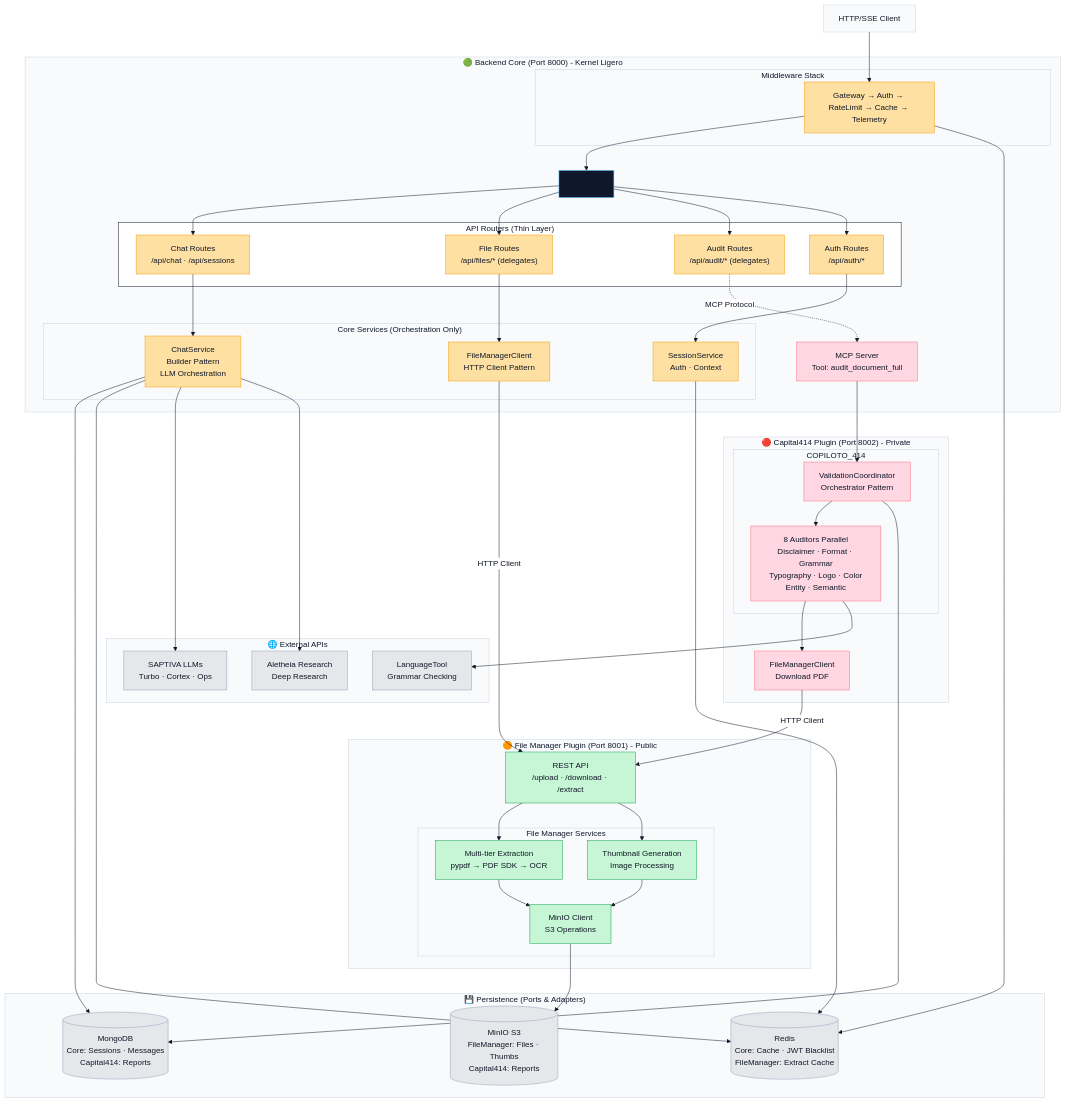
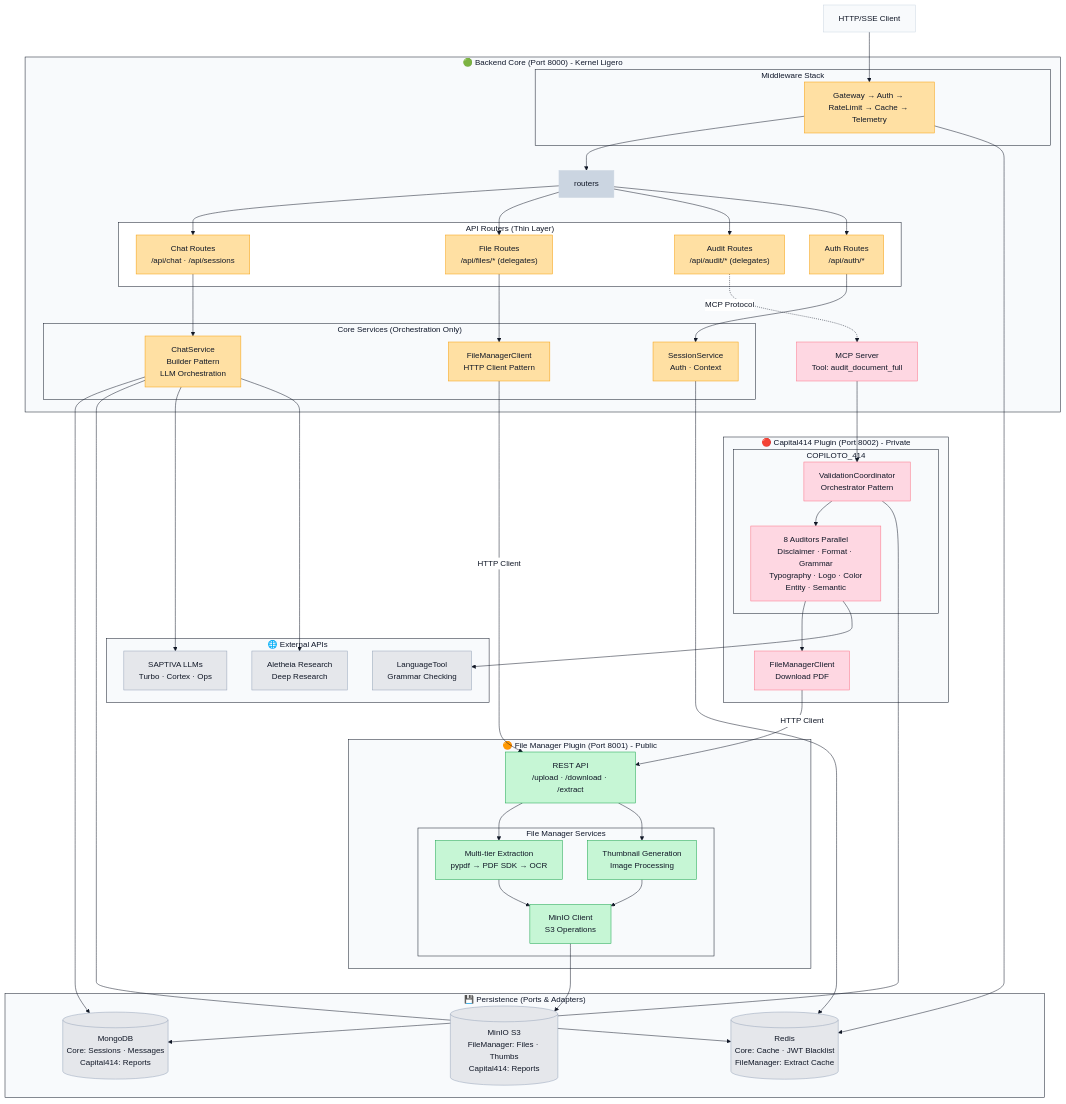
One commit to saptiva-ai/octavios-chat changed the sixth of 11 diagrams in README.md. Above: the diagram before and after it, drawn with Mermaid. The commit also changed other lines of this file, not shown here.

````diff
--- a/README.md
+++ b/README.md
@@ -879,5 +883,5 @@
 ```mermaid
-%%{init: {'theme': 'base', 'themeVariables': {'primaryColor': '#0f172a','primaryBorderColor': '#38bdf8','primaryTextColor': '#111827','lineColor': '#111827','textColor': '#111827','secondaryColor': '#ffffff','secondaryBorderColor': '#cbd5e1','secondaryTextColor': '#0f172a','tertiaryColor': '#f8fafc','tertiaryBorderColor': '#cbd5e1','tertiaryTextColor': '#0f172a'}}}%%
+%%{init: {'theme': 'base', 'themeVariables': {'primaryColor': '#cbd5e1','primaryBorderColor': '#cbd5e1','primaryTextColor': '#111827','lineColor': '#111827','textColor': '#111827','secondaryColor': '#ffffff','secondaryBorderColor': '#111827','secondaryTextColor': '#0f172a','tertiaryColor': '#f8fafc','tertiaryBorderColor': '#111827','tertiaryTextColor': '#0f172a'}}}%%
 flowchart TB
     client[HTTP/SSE Client]:::gray --> middleware
 
````
